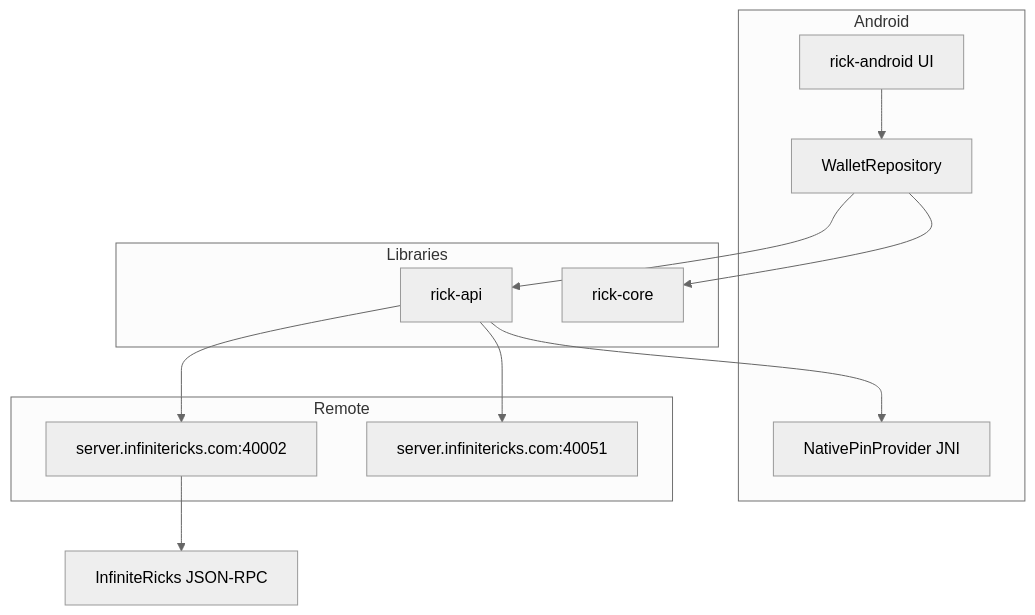
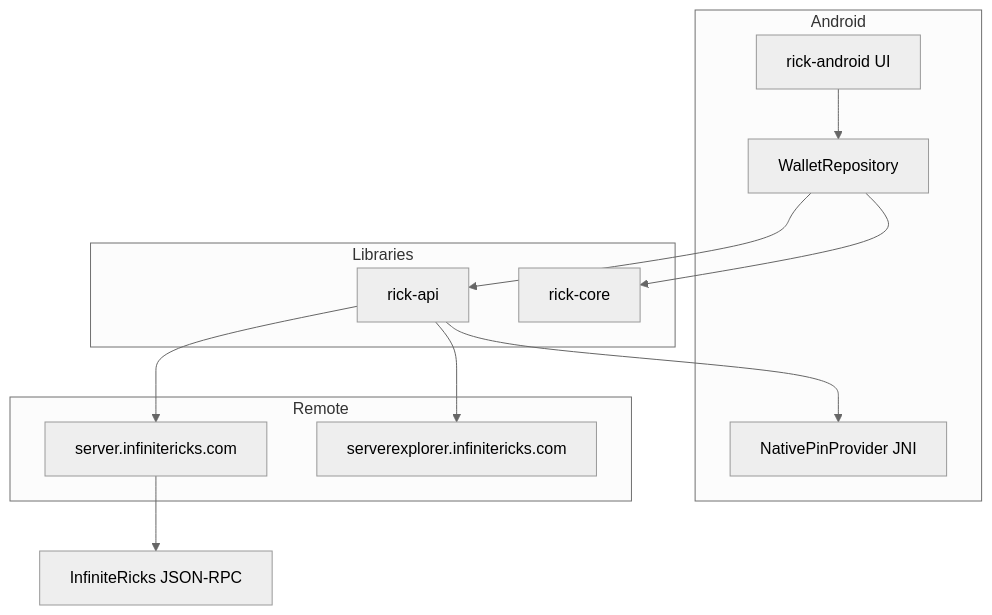
The diagram in docs/ARCHITECTURE.md (2x2devcode/InfiniteRicks-new), drawn with Mermaid (neutral theme) before and after one commit. The commit also changed other lines of this file and 13 other files, not shown here.

````diff
--- a/docs/ARCHITECTURE.md
+++ b/docs/ARCHITECTURE.md
@@ -5,26 +5,26 @@
 ```mermaid
 flowchart TB
     subgraph Android
         UI[rick-android UI]
         Repo[WalletRepository]
         Pin[NativePinProvider JNI]
     end
 
     subgraph Libraries
         API[rick-api]
         Core[rick-core]
     end
 
     subgraph Remote
-        Server["server.infinitericks.com:40002"]
-        Explorer["server.infinitericks.com:40051"]
+        Server[server.infinitericks.com]
+        Explorer[serverexplorer.infinitericks.com]
     end
 
   UI --> Repo
   Repo --> Core
   Repo --> API
   API --> Pin
   API --> Server
   API --> Explorer
   Server --> Daemon[InfiniteRicks JSON-RPC]
 ```
````
